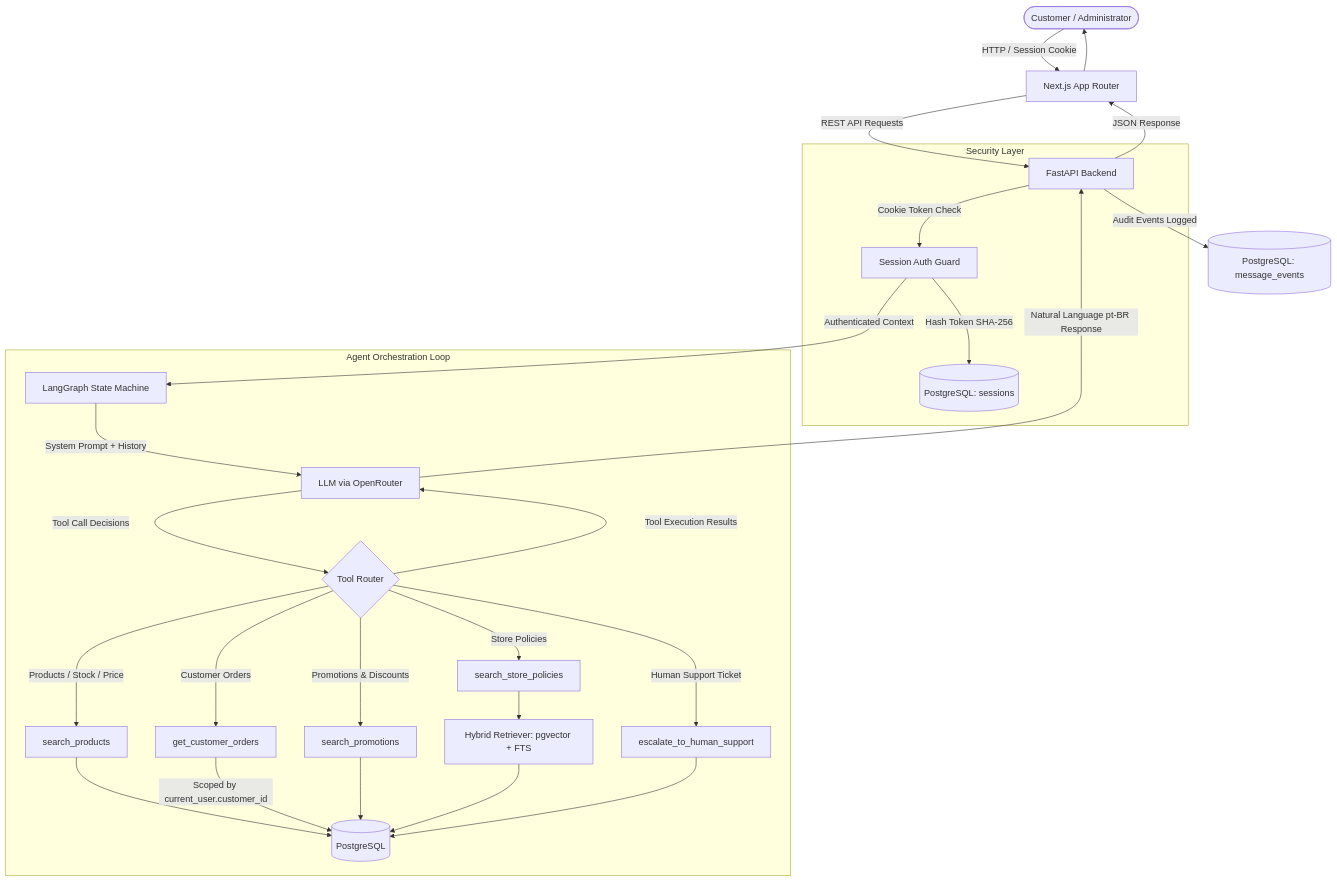
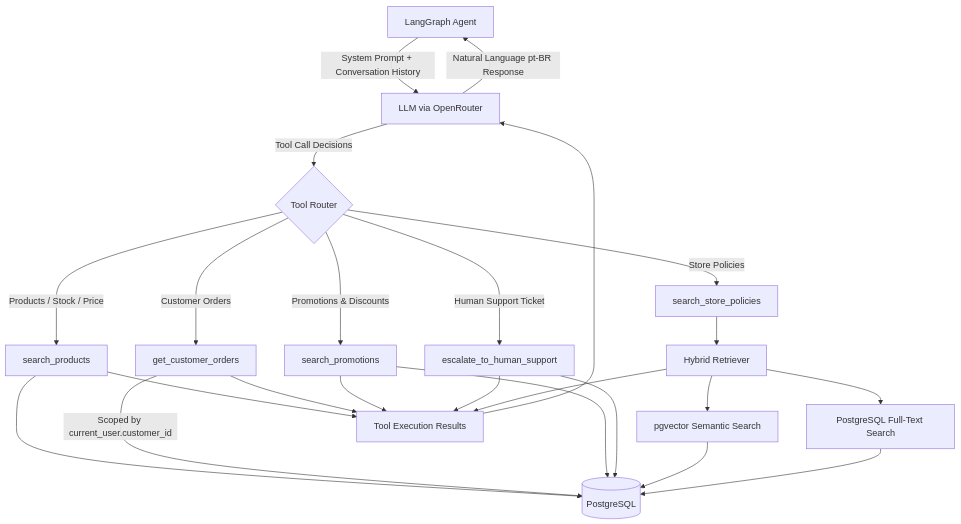
One commit to Bernardons04/emporio-platform changed the second of 2 diagrams in README.md. Above: the diagram before and after it, drawn with Mermaid. The commit also changed other lines of this file, not shown here.

Commit message:
docs: split architecture diagrams for clarity

````diff
--- a/README.md
+++ b/README.md
@@ -68,37 +93,31 @@
 ```mermaid
 flowchart TD
-    User([Customer / Administrator]) -->|HTTP / Session Cookie| Frontend[Next.js App Router]
-    Frontend -->|REST API Requests| FastAPI[FastAPI Backend]
+    Agent[LangGraph Agent] -->|System Prompt + Conversation History| LLM[LLM via OpenRouter]
+    LLM -->|Tool Call Decisions| Router{Tool Router}
 
-    subgraph Security Layer
-        FastAPI -->|Cookie Token Check| Auth[Session Auth Guard]
-        Auth -->|Hash Token SHA-256| SessionDB[(PostgreSQL: sessions)]
-    end
+    Router -->|Products / Stock / Price| Products[search_products]
+    Router -->|Customer Orders| Orders[get_customer_orders]
+    Router -->|Promotions & Discounts| Promotions[search_promotions]
+    Router -->|Store Policies| Policies[search_store_policies]
+    Router -->|Human Support Ticket| Support[escalate_to_human_support]
 
-    Auth -->|Authenticated Context| LangGraph[LangGraph State Machine]
+    Products --> DB[(PostgreSQL)]
+    Orders -->|Scoped by current_user.customer_id| DB
+    Promotions --> DB
+    Support --> DB
 
-    subgraph Agent Orchestration Loop
-        LangGraph -->|System Prompt + History| LLM[LLM via OpenRouter]
-        LLM -->|Tool Call Decisions| Router{Tool Router}
+    Policies --> Retriever[Hybrid Retriever]
+    Retriever --> Vector[pgvector Semantic Search]
+    Retriever --> FTS[PostgreSQL Full-Text Search]
+    Vector --> DB
+    FTS --> DB
 
-        Router -->|Products / Stock / Price| ToolProd[search_products]
-        Router -->|Customer Orders| ToolOrders[get_customer_orders]
-        Router -->|Promotions & Discounts| ToolPromos[search_promotions]
-        Router -->|Store Policies| ToolRAG[search_store_policies]
-        Router -->|Human Support Ticket| ToolEscalate[escalate_to_human_support]
+    Products --> Results[Tool Execution Results]
+    Orders --> Results
+    Promotions --> Results
+    Support --> Results
+    Retriever --> Results
 
-        ToolProd --> DB[(PostgreSQL)]
-        ToolOrders -->|Scoped by current_user.customer_id| DB
-        ToolPromos --> DB
-        ToolRAG --> HybridEngine[Hybrid Retriever: pgvector + FTS]
-        HybridEngine --> DB
-        ToolEscalate --> DB
-
-        Router -->|Tool Execution Results| LLM
-    end
-
-    LLM -->|Natural Language pt-BR Response| FastAPI
-    FastAPI -->|Audit Events Logged| EventDB[(PostgreSQL: message_events)]
-    FastAPI -->|JSON Response| Frontend
-    Frontend --> User
+    Results --> LLM
+    LLM -->|Natural Language pt-BR Response| Agent
 ```
````
